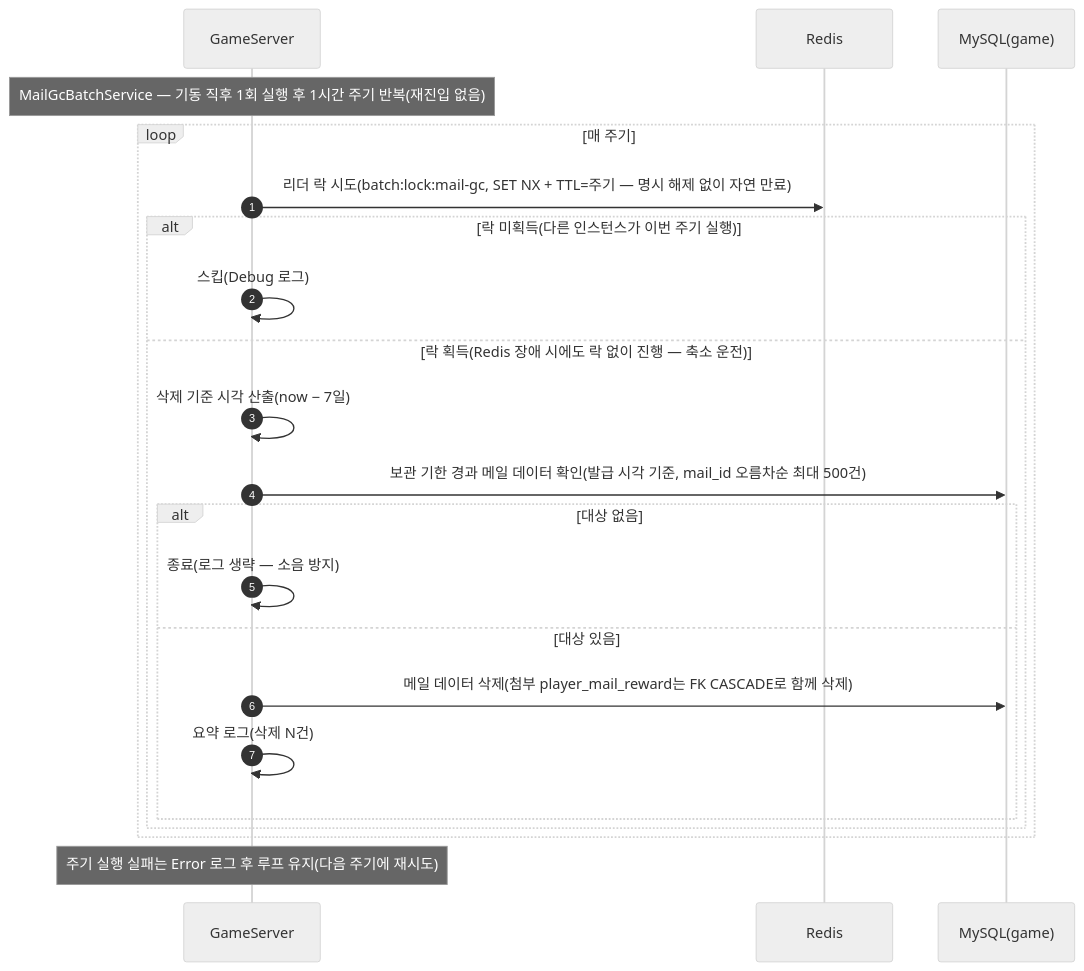
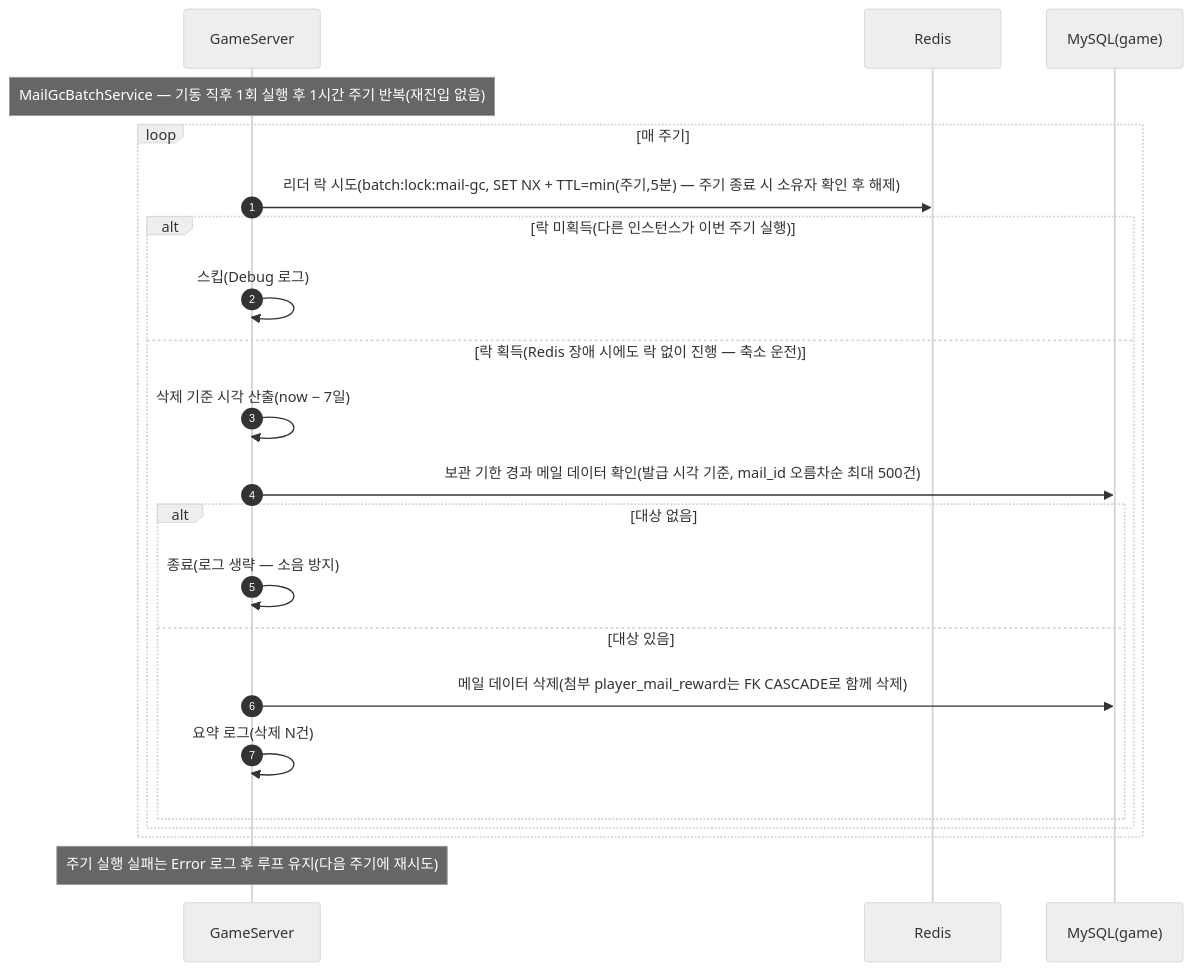
Before and after one commit to ks-wook/com2us-taskbar-hero: diagram 39 of 39 in SequenceDiagram/README.md, drawn with Mermaid (neutral theme). The commit also changed other lines of this file and 7 other files, not shown here.

````diff
--- a/SequenceDiagram/README.md
+++ b/SequenceDiagram/README.md
@@ -1255,25 +1259,25 @@
 ```mermaid
 sequenceDiagram
     autonumber
     participant S as GameServer
     participant R as Redis
     participant DB as MySQL(game)
 
     Note over S: MailGcBatchService — 기동 직후 1회 실행 후 1시간 주기 반복(재진입 없음)
     loop 매 주기
-        S->>R: 리더 락 시도(batch:lock:mail-gc, SET NX + TTL=주기 — 명시 해제 없이 자연 만료)
+        S->>R: 리더 락 시도(batch:lock:mail-gc, SET NX + TTL=min(주기,5분) — 주기 종료 시 소유자 확인 후 해제)
         alt 락 미획득(다른 인스턴스가 이번 주기 실행)
             S->>S: 스킵(Debug 로그)
         else 락 획득(Redis 장애 시에도 락 없이 진행 — 축소 운전)
             S->>S: 삭제 기준 시각 산출(now − 7일)
             S->>DB: 보관 기한 경과 메일 데이터 확인(발급 시각 기준, mail_id 오름차순 최대 500건)
             alt 대상 없음
                 S->>S: 종료(로그 생략 — 소음 방지)
             else 대상 있음
                 S->>DB: 메일 데이터 삭제(첨부 player_mail_reward는 FK CASCADE로 함께 삭제)
                 S->>S: 요약 로그(삭제 N건)
             end
         end
     end
     Note over S: 주기 실행 실패는 Error 로그 후 루프 유지(다음 주기에 재시도)
 ```
````
